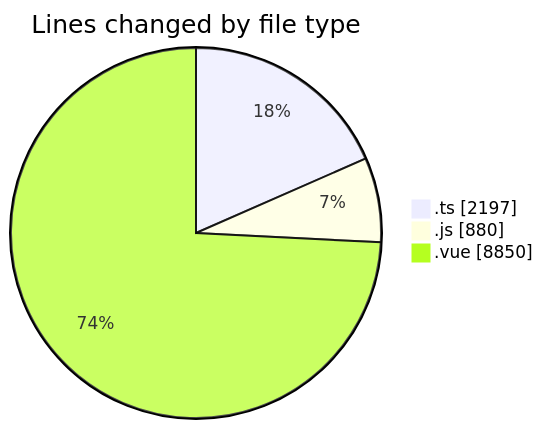
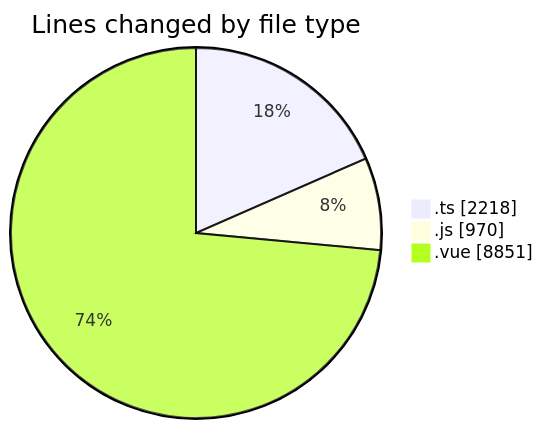
Before and after one commit to lephambinh05/code-tracking: the first of 2 diagrams in 2025-08-16/rentotp/README.md, drawn with Mermaid. The commit also changed other lines of this file and 1 other file, not shown here.

````diff
--- a/2025-08-16/rentotp/README.md
+++ b/2025-08-16/rentotp/README.md
@@ -53,7 +54,7 @@
 ```mermaid
 pie showData
 title Lines changed by file type
-".ts" : 2197
-".js" : 880
-".vue" : 8850
+".ts" : 2218
+".js" : 970
+".vue" : 8851
 ```
````
